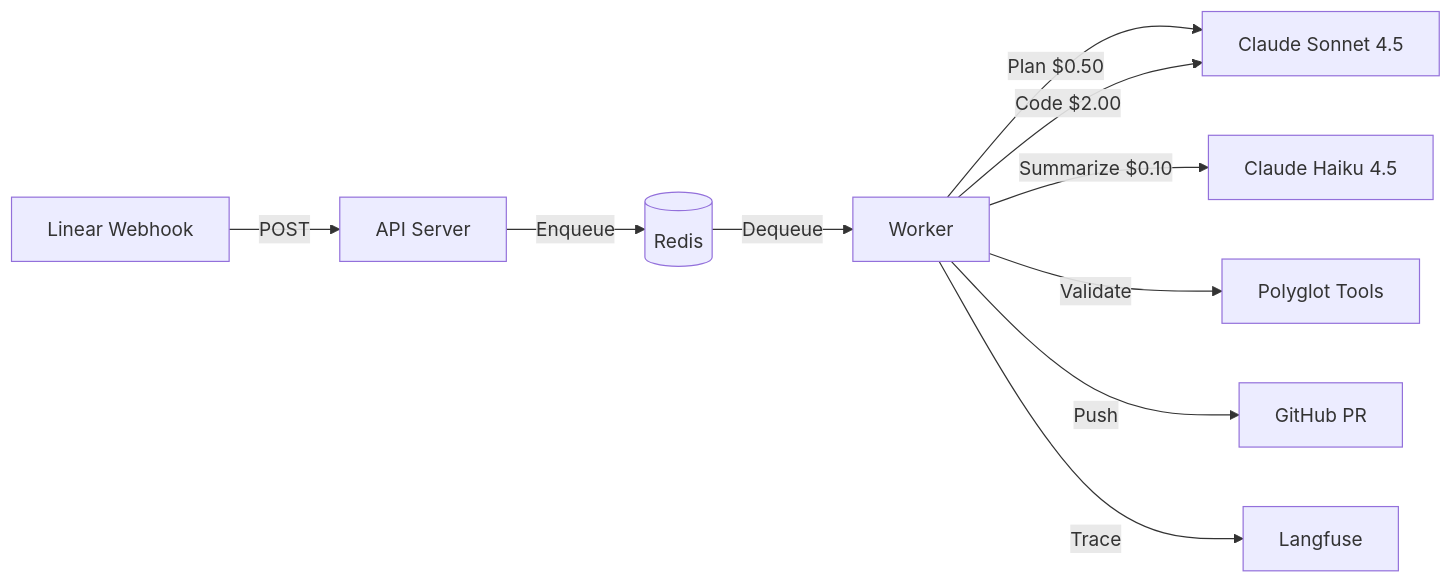
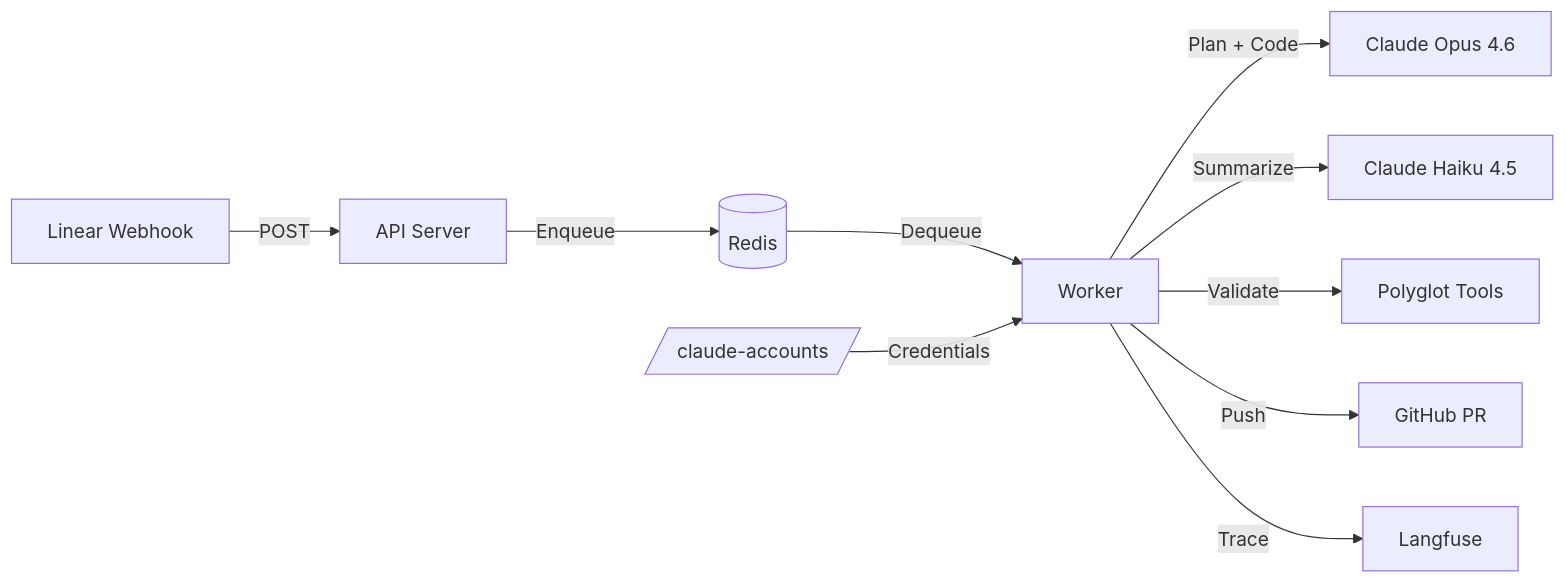
One commit to Replikanti/ralph-platform changed the diagram in README.md. Above: the diagram before and after it, drawn with Mermaid. The commit also changed other lines of this file and 1 other file, not shown here.

First line of the commit message:
docs: update README and ARCHITECTURE for Claude Max flat-rate

````diff
--- a/README.md
+++ b/README.md
@@ -162,12 +166,12 @@
 ```mermaid
 graph LR
     Linear[Linear Webhook] -->|POST| API[API Server]
     API -->|Enqueue| Redis[(Redis)]
     Redis -->|Dequeue| Worker[Worker]
-    Worker -->|Plan $0.50| Sonnet[Claude Sonnet 4.5]
-    Worker -->|Code $2.00| Sonnet
-    Worker -->|Summarize $0.10| Haiku[Claude Haiku 4.5]
+    Worker -->|Plan + Code| Opus[Claude Opus 4.6]
+    Worker -->|Summarize| Haiku[Claude Haiku 4.5]
     Worker -->|Validate| Tools[Polyglot Tools]
     Worker -->|Push| GitHub[GitHub PR]
     Worker -->|Trace| Langfuse[Langfuse]
+    Accounts[/claude-accounts/] -->|Credentials| Worker
 ```
````
